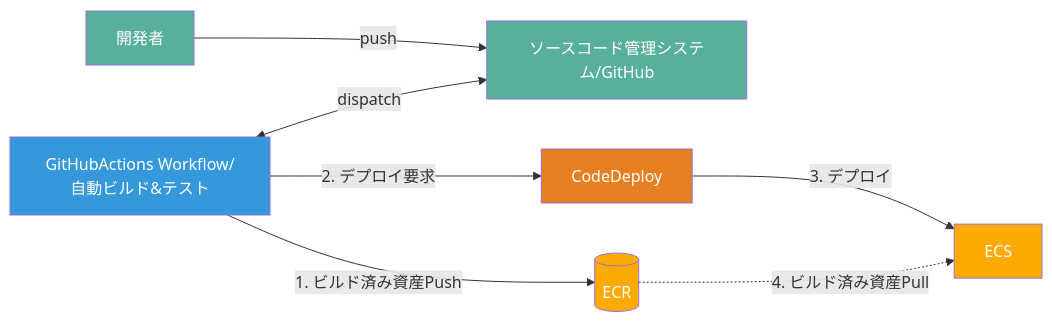
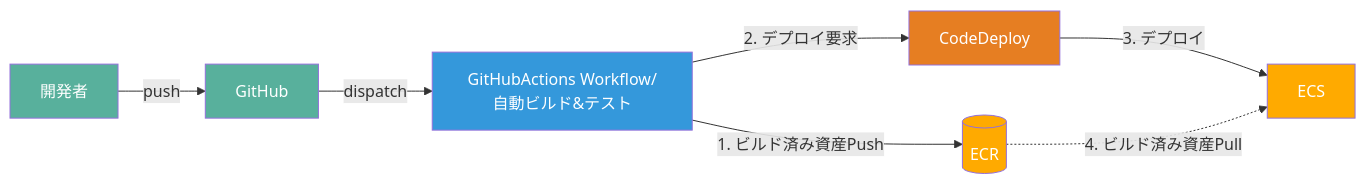
Before and after one commit to value-it/springboot-apps-template: the fourth of 5 diagrams in infrastructure/cloudformation/README.md, drawn with Mermaid. The commit also changed other lines of this file, not shown here.

Commit message:
#33 図手直し

````diff
--- a/infrastructure/cloudformation/README.md
+++ b/infrastructure/cloudformation/README.md
@@ -89,28 +90,29 @@
 ```mermaid
 flowchart LR
 %% Developer and GitHub
-  A[開発者] -->|push| B[ソースコード管理システム/GitHub]
-  J[GitHubActions Workflow/自動ビルド&テスト] <-->|dispatch| B
+  A[開発者] -->|push| B[GitHub]
+  B -->|dispatch| J[GitHubActions Workflow/自動ビルド&テスト]
+
 
 %% CI: Build & Push in GitHub Actions
   J -->|1. ビルド済み資産Push| E[(ECR)]
 
 %% CD: Deploy via CodeDeploy to ECS
   J -->|2. デプロイ要求| H[CodeDeploy]
   H -->|3. デプロイ| G[ECS]
 
 %% ECS pulls image from ECR (dotted relation)
   E -.->|4. ビルド済み資産Pull| G
 
 %% Styles
   classDef dev fill:#58b09c,color:#fff;
   classDef git fill:#2aa198,color:#fff;
   classDef ci fill:#3498db,color:#fff;
   classDef cd fill:#e67e22,color:#fff;
   classDef infra fill:#ffAA00,color:#fff;
 
   class A,B dev;
   class J,D ci;
   class H cd;
   class E,G infra;
 ```
````
